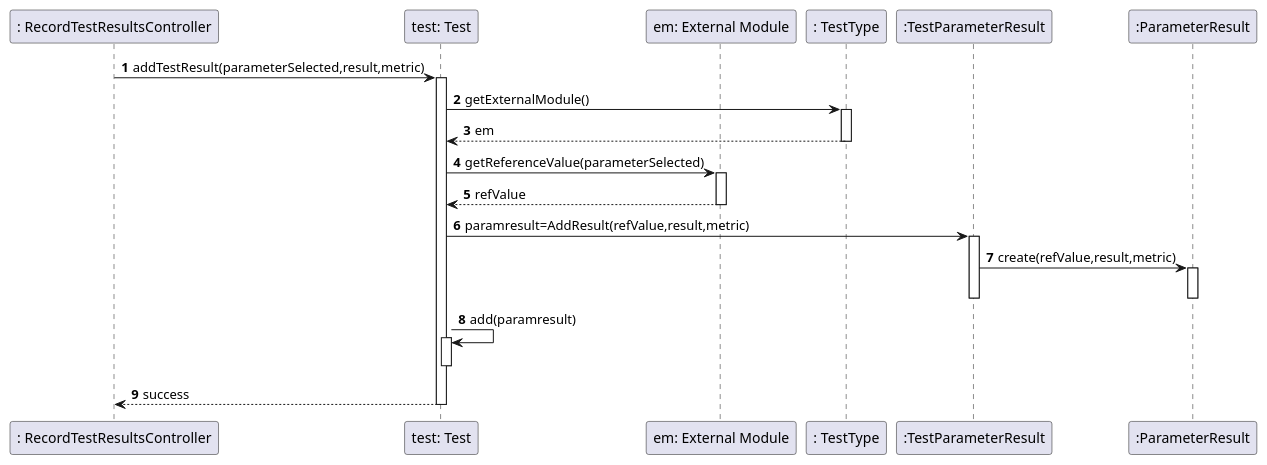
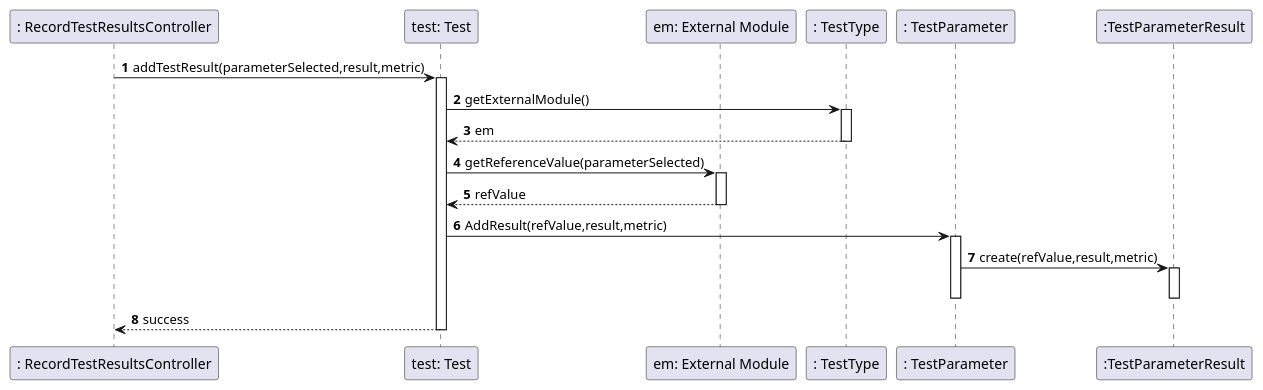
Before and after one commit to manu-07-ela/LAPR2_ISEP: the diagram in docs/SprintC/US12/SD_AddResult.puml, drawn with PlantUML. The commit also changed 2 other files, not shown here.

```diff
--- a/docs/SprintC/US12/SD_AddResult.puml
+++ b/docs/SprintC/US12/SD_AddResult.puml
@@ -1,40 +1,38 @@
 @startuml
 'https://plantuml.com/sequence-diagram
 
 autonumber
 
 participant ": RecordTestResultsController" as CTRL
 participant "test: Test" as Test
 participant "em: External Module" as EM
 participant ": TestType" as TT
+participant ": TestParameter" as TestParam
 participant ":TestParameterResult" as TestPResult
-participant ":ParameterResult" as PResult
+
 
 CTRL -> Test : addTestResult(parameterSelected,result,metric)
 activate Test
 Test -> TT : getExternalModule()
 activate TT
 TT--> Test : em
 deactivate TT
 Test -> EM : getReferenceValue(parameterSelected)
 activate EM
 EM --> Test : refValue
 deactivate EM
-Test -> TestPResult : paramresult=AddResult(refValue,result,metric)
+Test -> TestParam :AddResult(refValue,result,metric)
+activate TestParam
+TestParam -> TestPResult : create(refValue,result,metric)
 activate TestPResult
-TestPResult -> PResult : create(refValue,result,metric)
-activate PResult
-deactivate PResult
 deactivate TestPResult
-Test -> Test : add(paramresult)
-activate Test
-deactivate Test
+deactivate TestParam
 
 Test --> CTRL : success
 deactivate Test
 
 
 
 
 
 @enduml
```
